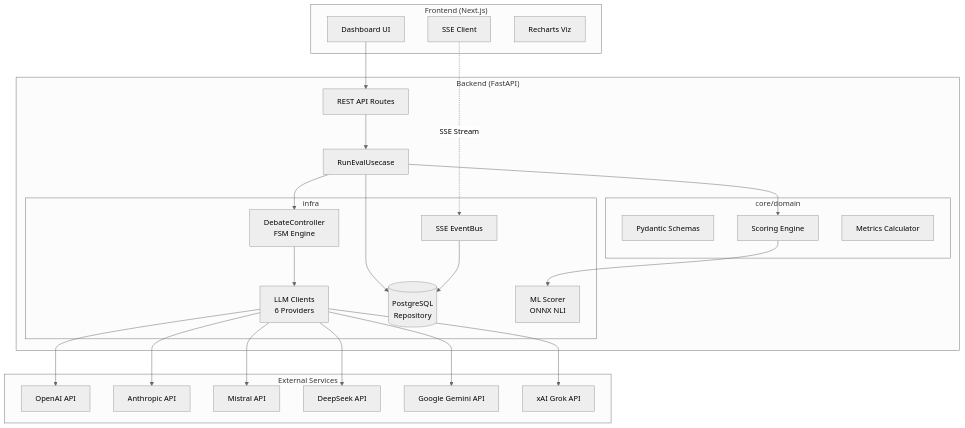
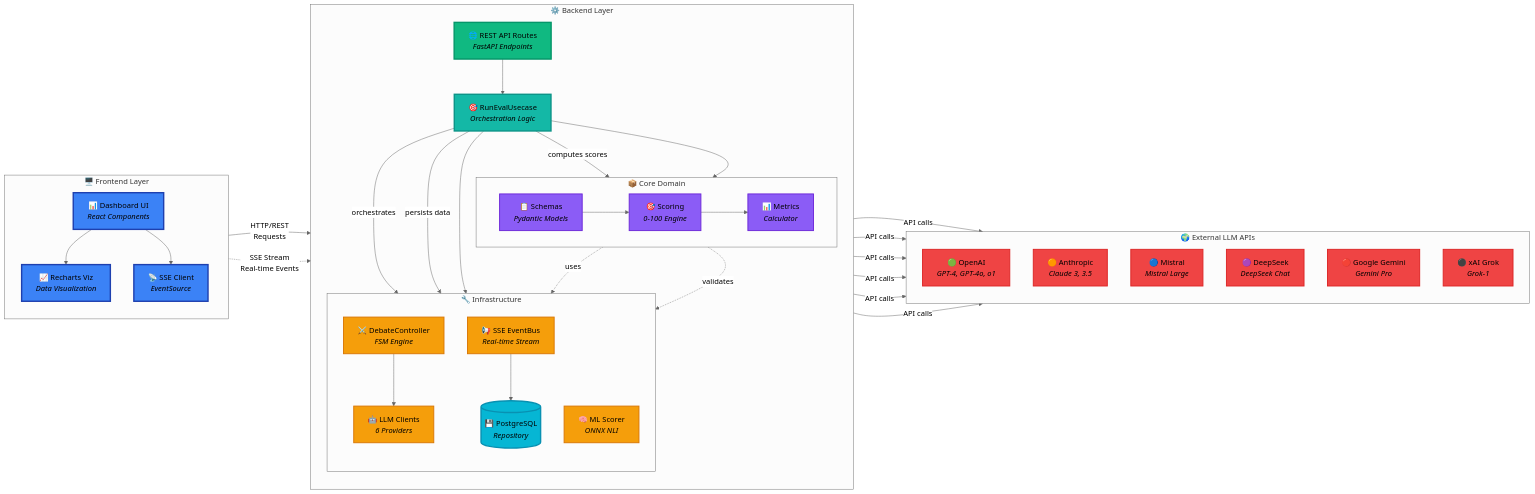
Before and after one commit to AteetVatan/AIGalileoArena: the first of 11 diagrams in README.md, drawn with Mermaid (neutral theme). The commit also changed other lines of this file and 46 other files, not shown here.

````diff
--- a/README.md
+++ b/README.md
@@ -100,53 +100,107 @@
 ```mermaid
-flowchart TB
-    subgraph Frontend["Frontend (Next.js)"]
-        UI[Dashboard UI]
-        SSE_Client[SSE Client]
-        Charts[Recharts Viz]
+flowchart LR
+    %% Spacer to push Frontend right
+    subgraph Spacer[" "]
+        direction LR
+        S[ ]
+        style S fill:transparent,stroke:transparent
+        style Spacer fill:transparent,stroke:transparent
+    end
+    
+    %% Frontend Layer
+    subgraph Frontend["🖥️ Frontend Layer"]
+        direction TB
+        UI["📊 Dashboard UI<br/><i>React Components</i>"]
+        SSE_Client["📡 SSE Client<br/><i>EventSource</i>"]
+        Charts["📈 Recharts Viz<br/><i>Data Visualization</i>"]
+        
+        UI --> Charts
+        UI --> SSE_Client
     end
 
-    subgraph Backend["Backend (FastAPI)"]
-        API[REST API Routes]
-        UseCase[RunEvalUsecase]
+    %% Backend Layer (Center)
+    subgraph Backend["⚙️ Backend Layer"]
+        direction TB
         
-        subgraph Core["core/domain"]
-            Schemas[Pydantic Schemas]
-            Scoring[Scoring Engine]
-            Metrics[Metrics Calculator]
+        %% API Entry Point
+        API["🌐 REST API Routes<br/><i>FastAPI Endpoints</i>"]
+        
+        %% Use Case Layer
+        UseCase["🎯 RunEvalUsecase<br/><i>Orchestration Logic</i>"]
+        
+        %% Core Domain (Top)
+        subgraph Core["📦 Core Domain"]
+            direction LR
+            Schemas["📋 Schemas<br/><i>Pydantic Models</i>"]
+            Scoring["🎯 Scoring<br/><i>0-100 Engine</i>"]
+            Metrics["📊 Metrics<br/><i>Calculator</i>"]
+            
+            Schemas --> Scoring
+            Scoring --> Metrics
         end
         
-        subgraph Infra["infra"]
-            LLM[LLM Clients<br/>6 Providers]
-            Debate[DebateController<br/>FSM Engine]
-            DB[(PostgreSQL<br/>Repository)]
-            SSE_Bus[SSE EventBus]
-            ML[ML Scorer<br/>ONNX NLI]
+        %% Infrastructure (Bottom)
+        subgraph Infra["🔧 Infrastructure"]
+            direction TB
+            Debate["⚔️ DebateController<br/><i>FSM Engine</i>"]
+            LLM["🤖 LLM Clients<br/><i>6 Providers</i>"]
+            ML["🧠 ML Scorer<br/><i>ONNX NLI</i>"]
+            SSE_Bus["📢 SSE EventBus<br/><i>Real-time Stream</i>"]
+            DB[("💾 PostgreSQL<br/><i>Repository</i>")]
+            
+            Debate --> LLM
+            Scoring -.->|uses| ML
+            SSE_Bus --> DB
         end
+        
+        API --> UseCase
+        UseCase --> Core
+        UseCase --> Infra
+        Core -.->|validates| Infra
     end
 
-    subgraph External["External Services"]
-        OpenAI[OpenAI API]
-        Anthropic[Anthropic API]
-        Mistral[Mistral API]
-        DeepSeek[DeepSeek API]
-        Gemini[Google Gemini API]
-        Grok[xAI Grok API]
+    %% External Services (Right)
+    subgraph External["🌍 External LLM APIs"]
+        direction TB
+        OpenAI["🟢 OpenAI<br/><i>GPT-4, GPT-4o, o1</i>"]
+        Anthropic["🟠 Anthropic<br/><i>Claude 3, 3.5</i>"]
+        Mistral["🔵 Mistral<br/><i>Mistral Large</i>"]
+        DeepSeek["🟣 DeepSeek<br/><i>DeepSeek Chat</i>"]
+        Gemini["🔴 Google Gemini<br/><i>Gemini Pro</i>"]
+        Grok["⚫ xAI Grok<br/><i>Grok-1</i>"]
     end
 
-    UI --> API
-    SSE_Client -.->|SSE Stream| SSE_Bus
-    API --> UseCase
-    UseCase --> Debate
-    UseCase --> Scoring
-    UseCase --> DB
-    Debate --> LLM
-    Scoring --> ML
-    SSE_Bus --> DB
+    %% Main Flow: Frontend -> Backend -> External
+    UI -->|"HTTP/REST<br/>Requests"| API
+    SSE_Client -.->|"SSE Stream<br/>Real-time Events"| SSE_Bus
     
-    LLM --> OpenAI
-    LLM --> Anthropic
-    LLM --> Mistral
-    LLM --> DeepSeek
-    LLM --> Gemini
-    LLM --> Grok
+    %% Backend Internal Flow
+    UseCase -->|"orchestrates"| Debate
+    UseCase -->|"computes scores"| Scoring
+    UseCase -->|"persists data"| DB
+    
+    %% LLM to External Services
+    LLM -->|"API calls"| OpenAI
+    LLM -->|"API calls"| Anthropic
+    LLM -->|"API calls"| Mistral
+    LLM -->|"API calls"| DeepSeek
+    LLM -->|"API calls"| Gemini
+    LLM -->|"API calls"| Grok
+
+    %% Styling
+    classDef frontendStyle fill:#3b82f6,stroke:#1e40af,stroke-width:3px,color:#000
+    classDef apiStyle fill:#10b981,stroke:#059669,stroke-width:3px,color:#000
+    classDef usecaseStyle fill:#14b8a6,stroke:#0d9488,stroke-width:3px,color:#000
+    classDef coreStyle fill:#8b5cf6,stroke:#6d28d9,stroke-width:2px,color:#000
+    classDef infraStyle fill:#f59e0b,stroke:#d97706,stroke-width:2px,color:#000
+    classDef externalStyle fill:#ef4444,stroke:#dc2626,stroke-width:2px,color:#000
+    classDef dbStyle fill:#06b6d4,stroke:#0891b2,stroke-width:3px,color:#000
+    
+    class UI,SSE_Client,Charts frontendStyle
+    class API apiStyle
+    class UseCase usecaseStyle
+    class Schemas,Scoring,Metrics coreStyle
+    class LLM,Debate,SSE_Bus,ML infraStyle
+    class OpenAI,Anthropic,Mistral,DeepSeek,Gemini,Grok externalStyle
+    class DB dbStyle
 ```
````
